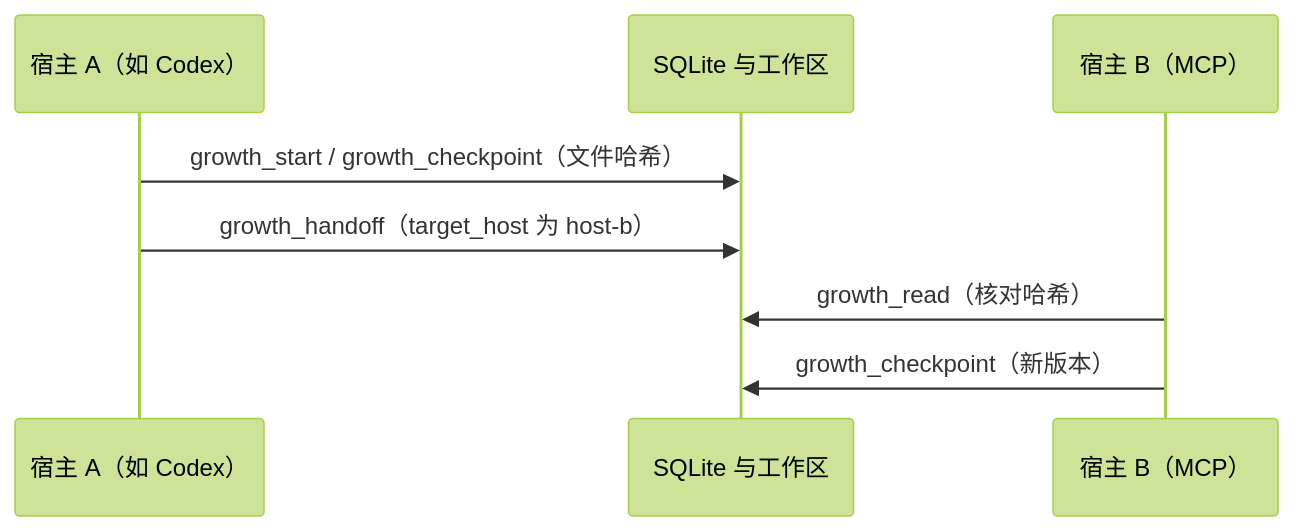
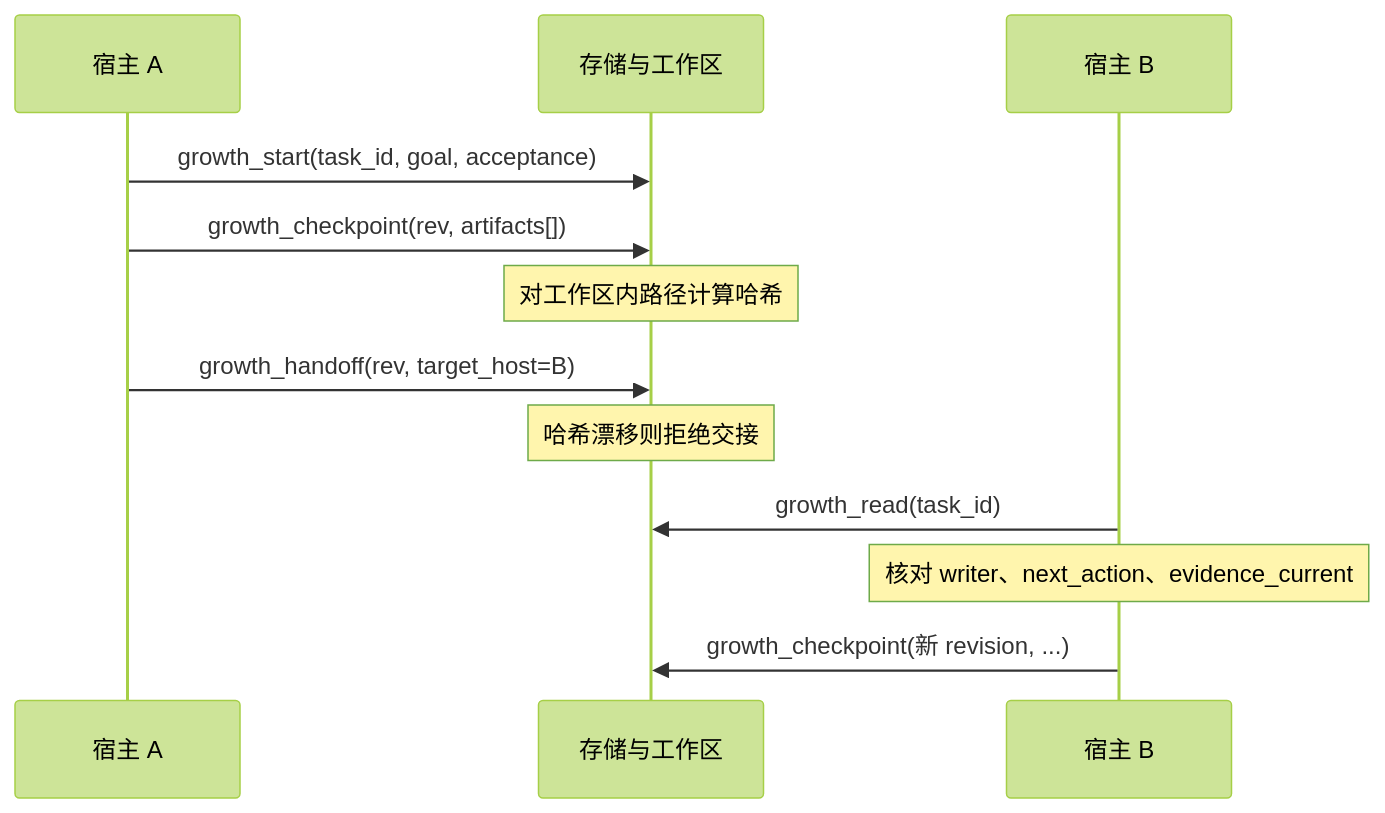
The fourth of 4 diagrams in README.zh-CN.md (KarmenLoop/personal-agent-growth), drawn with Mermaid (forest theme) before and after one commit. The commit also changed other lines of this file and 1 other file, not shown here.

Commit message:
docs: refresh README for clarity, FAQ, and architecture

````diff
--- a/README.zh-CN.md
+++ b/README.zh-CN.md
@@ -89,10 +135,14 @@
 ```mermaid
 sequenceDiagram
-  participant A as 宿主 A（如 Codex）
-  participant S as SQLite 与工作区
-  participant B as 宿主 B（MCP）
-  A->>S: growth_start / growth_checkpoint（文件哈希）
-  A->>S: growth_handoff（target_host 为 host-b）
-  B->>S: growth_read（核对哈希）
-  B->>S: growth_checkpoint（新版本）
+  participant A as 宿主 A
+  participant S as 存储与工作区
+  participant B as 宿主 B
+  A->>S: growth_start(task_id, goal, acceptance)
+  A->>S: growth_checkpoint(rev, artifacts[])
+  Note over S: 对工作区内路径计算哈希
+  A->>S: growth_handoff(rev, target_host=B)
+  Note over S: 哈希漂移则拒绝交接
+  B->>S: growth_read(task_id)
+  Note over B: 核对 writer、next_action、evidence_current
+  B->>S: growth_checkpoint(新 revision, ...)
 ```
````
